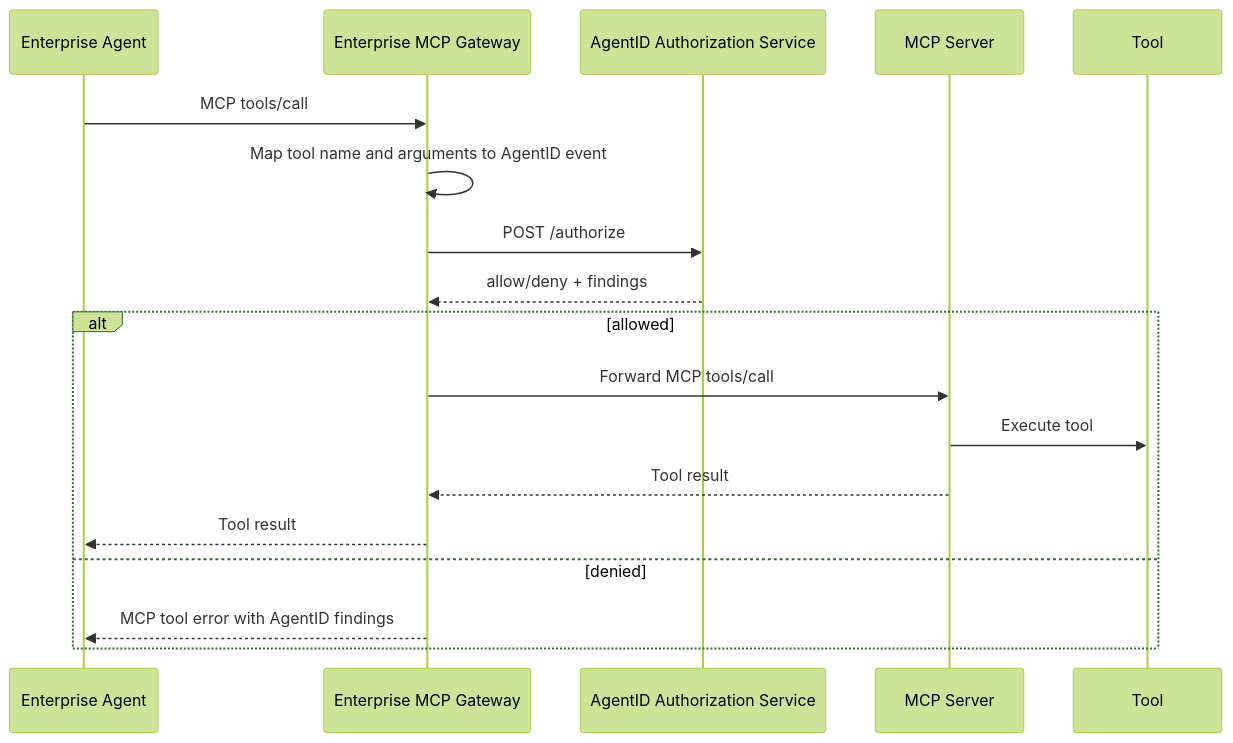
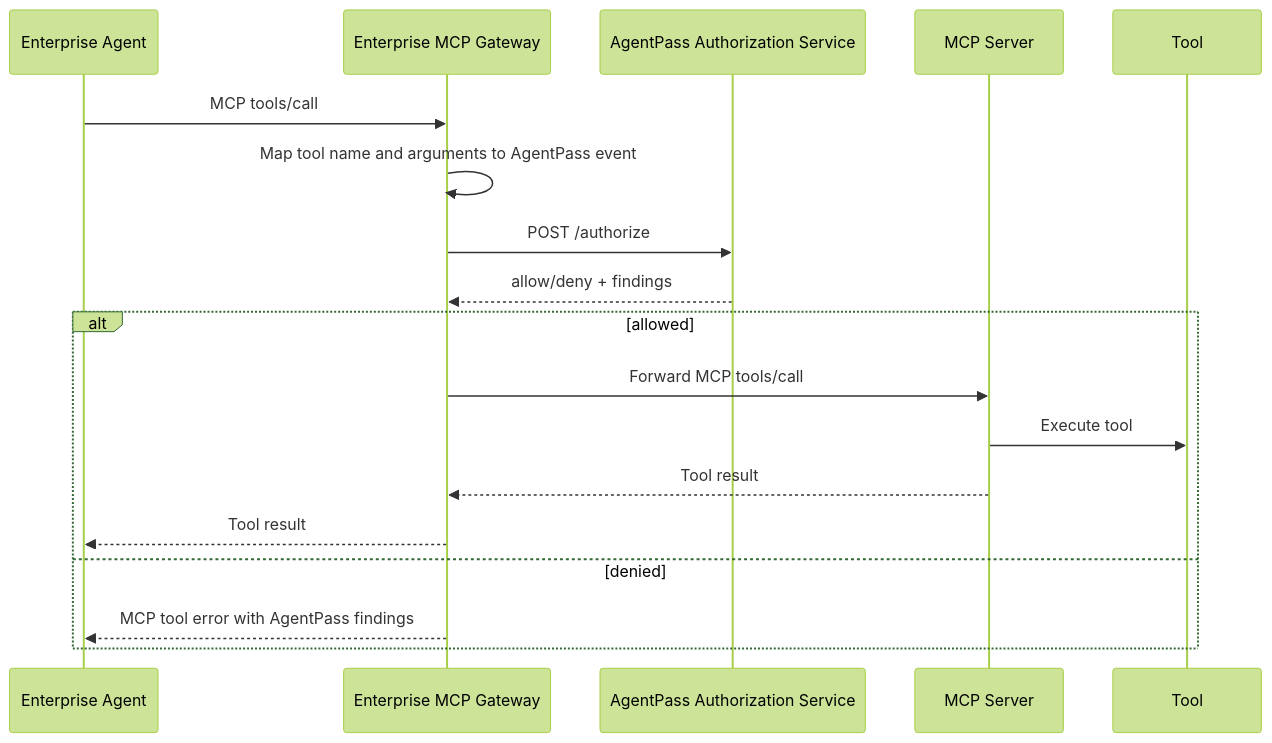
One commit to dinpd/AgentAction changed the diagram in docs/mcp-gateway-integration.md. Above: the diagram before and after it, drawn with Mermaid (forest theme). The commit also changed other lines of this file and 69 other files, not shown here.

Commit message:
Rename public brand to AgentPass

````diff
--- a/docs/mcp-gateway-integration.md
+++ b/docs/mcp-gateway-integration.md
@@ -36,21 +36,21 @@
 ```mermaid
 sequenceDiagram
     participant Agent as Enterprise Agent
     participant MCP as Enterprise MCP Gateway
-    participant AgentID as AgentID Authorization Service
+    participant AgentPass as AgentPass Authorization Service
     participant Server as MCP Server
     participant Tool as Tool
 
     Agent->>MCP: MCP tools/call
-    MCP->>MCP: Map tool name and arguments to AgentID event
-    MCP->>AgentID: POST /authorize
-    AgentID-->>MCP: allow/deny + findings
+    MCP->>MCP: Map tool name and arguments to AgentPass event
+    MCP->>AgentPass: POST /authorize
+    AgentPass-->>MCP: allow/deny + findings
     alt allowed
         MCP->>Server: Forward MCP tools/call
         Server->>Tool: Execute tool
         Server-->>MCP: Tool result
         MCP-->>Agent: Tool result
     else denied
-        MCP-->>Agent: MCP tool error with AgentID findings
+        MCP-->>Agent: MCP tool error with AgentPass findings
     end
 ```
````
